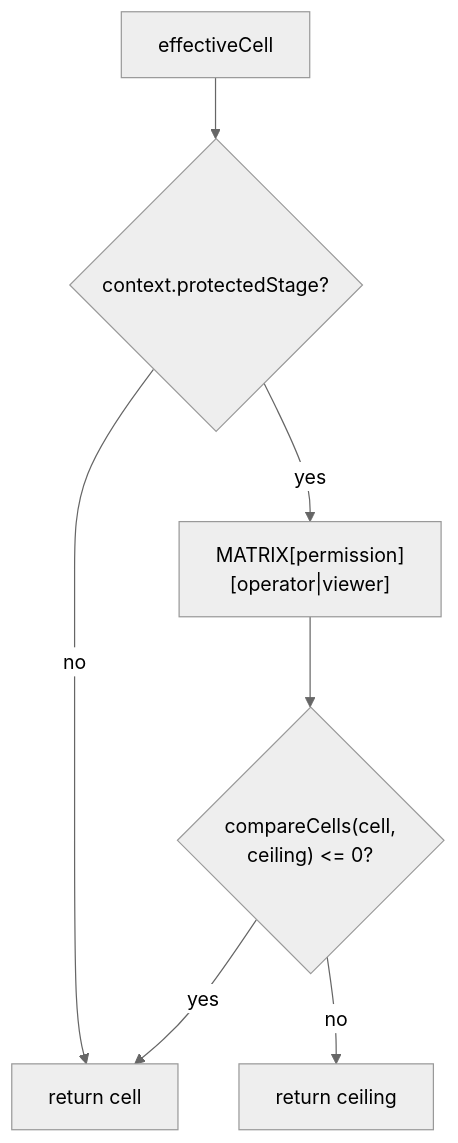
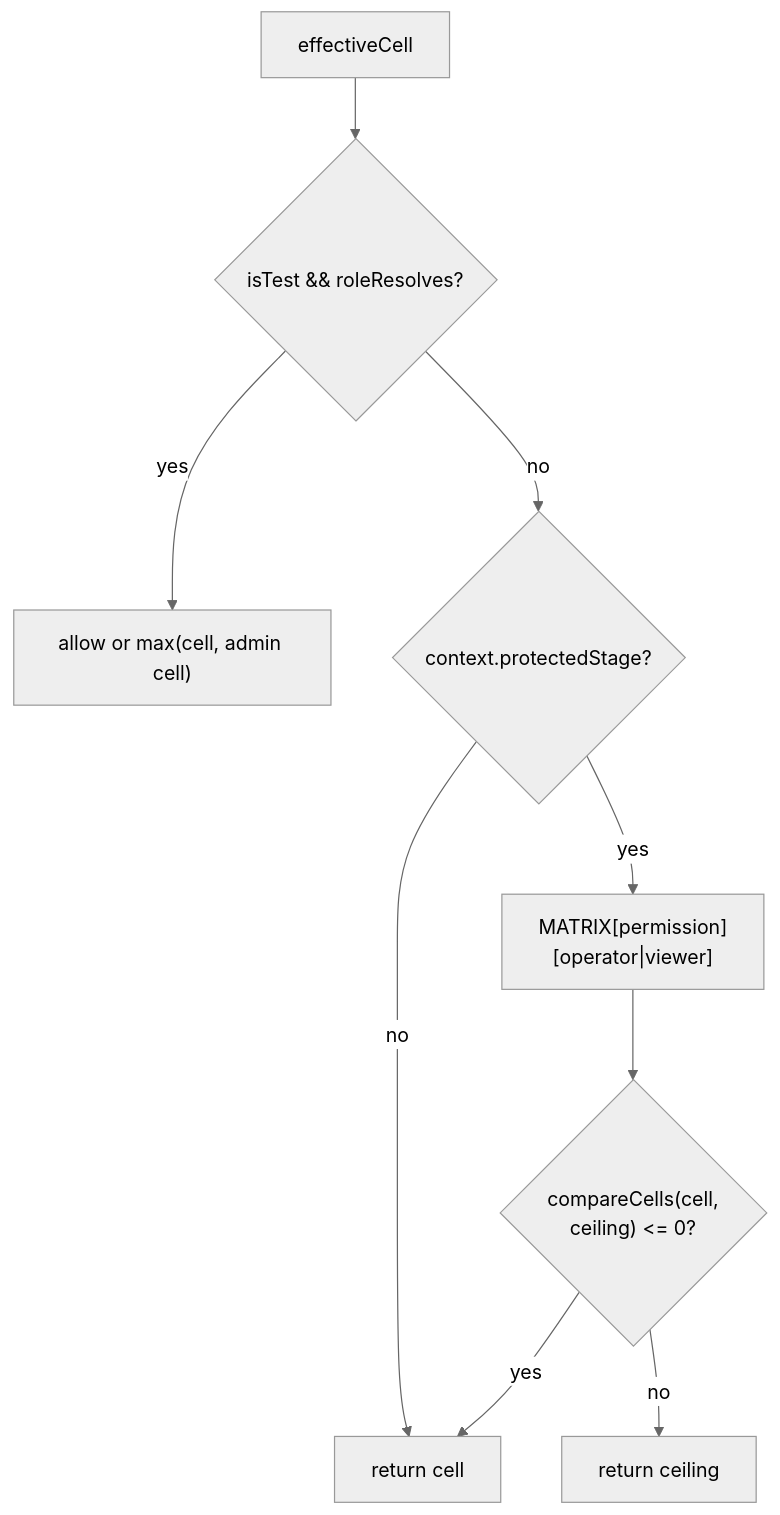
The fourth of 5 diagrams in docs/wiki/core-policy.md (noormdev/noorm), drawn with Mermaid (neutral theme) before and after one commit. The commit also changed other lines of this file and 191 other files, not shown here.

````diff
--- a/docs/wiki/core-policy.md
+++ b/docs/wiki/core-policy.md
@@ -99,10 +100,12 @@
 ```mermaid
 flowchart TD
     %% source: src/core/policy/check.ts, src/core/policy/matrix.ts
-    E["effectiveCell"] --> S{"context.protectedStage?"}
+    E["effectiveCell"] --> T{"isTest && roleResolves?"}
+    T -->|yes| A["allow or max(cell, admin cell)"]
+    T -->|no| S{"context.protectedStage?"}
     S -->|no| R["return cell"]
     S -->|yes| M["MATRIX[permission]<br/>[operator|viewer]"]
     M --> K{"compareCells(cell,<br/>ceiling) <= 0?"}
     K -->|yes| R
     K -->|no| C["return ceiling"]
 ```
````
